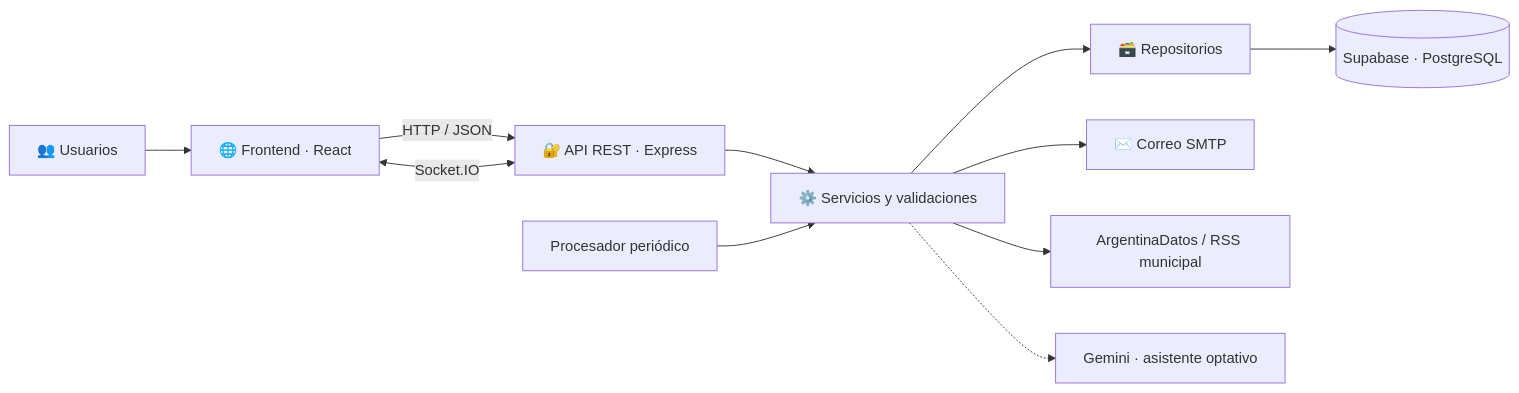
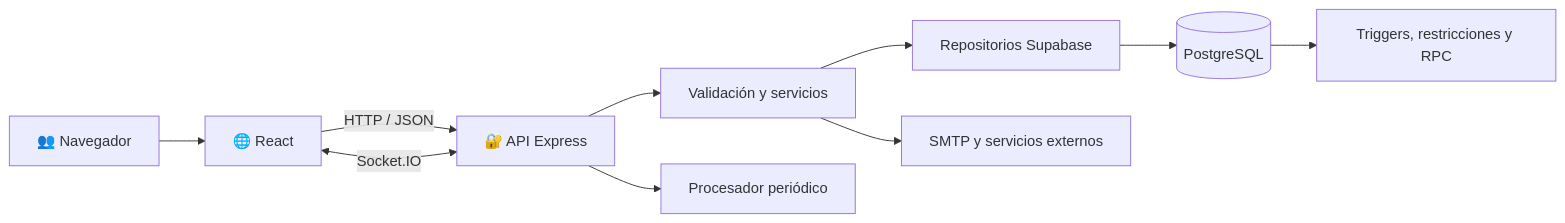
The diagram in README.md (Arhiell/SAPS_Turno), drawn with Mermaid before and after one commit. The commit also changed other lines of this file and 26 other files, not shown here.

````diff
--- a/README.md
+++ b/README.md
@@ -272,13 +58,12 @@
 ```mermaid
 flowchart LR
-    U["👥 Usuarios"] --> F["🌐 Frontend · React"]
-    F -->|"HTTP / JSON"| A["🔐 API REST · Express"]
-    A --> S["⚙️ Servicios y validaciones"]
-    S --> R["🗃️ Repositorios"]
-    R --> D[("Supabase · PostgreSQL")]
-    S --> M["✉️ Correo SMTP"]
-    A <-->|"Socket.IO"| F
-    W["Procesador periódico"] --> S
-    S --> E["ArgentinaDatos / RSS municipal"]
-    S -.-> G["Gemini · asistente optativo"]
+    U["👥 Navegador"] --> F["🌐 React"]
+    F -->|"HTTP / JSON"| A["🔐 API Express"]
+    F <-->|"Socket.IO"| A
+    A --> V["Validación y servicios"]
+    V --> R["Repositorios Supabase"]
+    R --> D[("PostgreSQL")]
+    D --> G["Triggers, restricciones y RPC"]
+    A --> W["Procesador periódico"]
+    V --> X["SMTP y servicios externos"]
 ```
````
